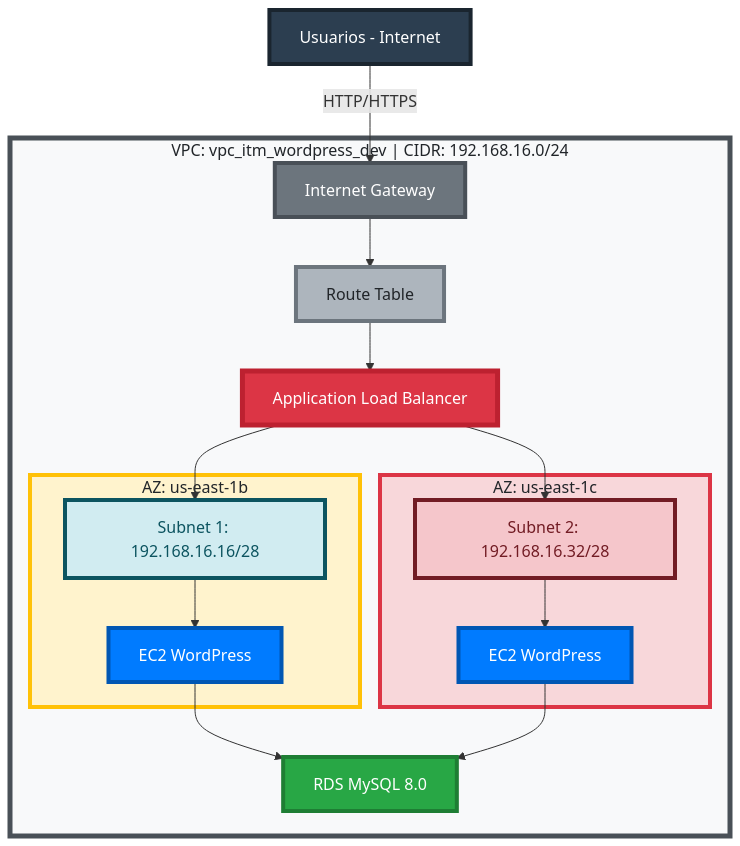
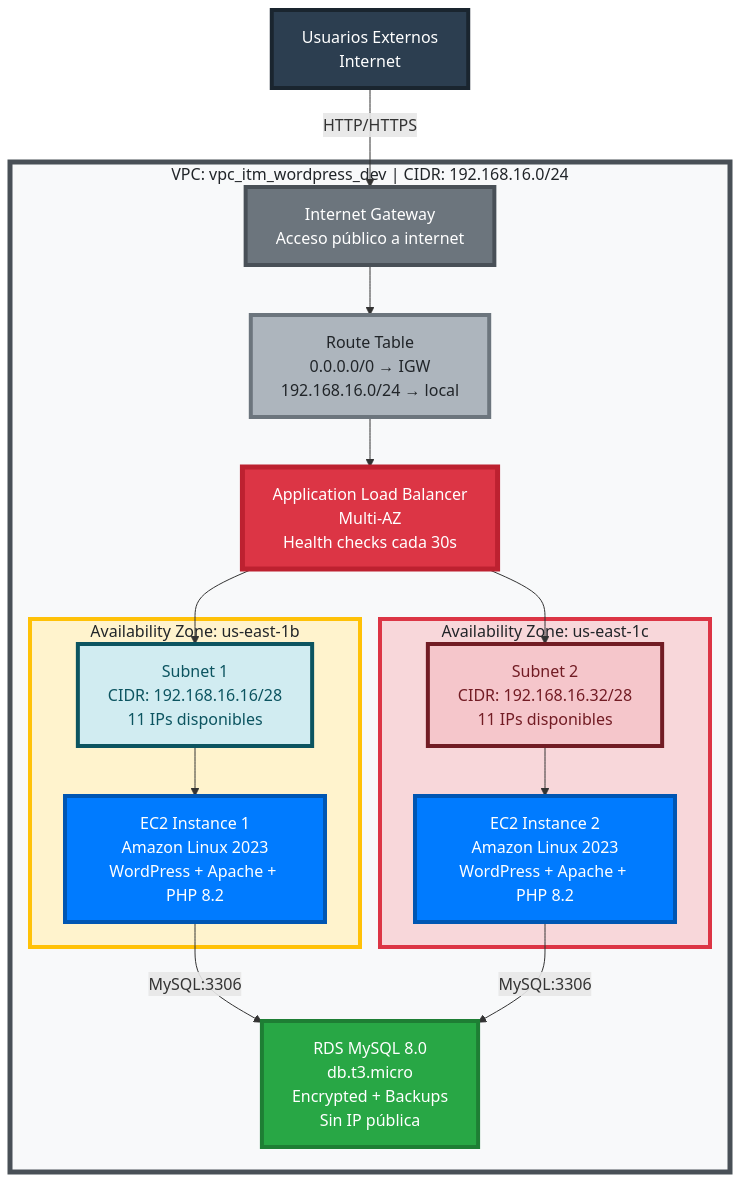
The diagram in README.md (gjoiver/terraform-project), drawn with Mermaid before and after one commit.

Commit message:
update diagram with more information

````diff
--- a/README.md
+++ b/README.md
@@ -15,51 +15,51 @@
 ```mermaid
 graph TB
-    Users["Usuarios - Internet"]
+    Users["Usuarios Externos<br/>Internet"]
 
     subgraph VPC["VPC: vpc_itm_wordpress_dev | CIDR: 192.168.16.0/24"]
-        IGW["Internet Gateway"]
+        IGW["Internet Gateway<br/>Acceso público a internet"]
 
-        RT["Route Table"]
+        RT["Route Table<br/>0.0.0.0/0 → IGW<br/>192.168.16.0/24 → local"]
 
-        ALB["Application Load Balancer"]
+        ALB["Application Load Balancer<br/>Multi-AZ<br/>Health checks cada 30s"]
 
-        subgraph AZ1["AZ: us-east-1b"]
-            Subnet1["Subnet 1: 192.168.16.16/28"]
-            EC2_1["EC2 WordPress"]
+        subgraph AZ1["Availability Zone: us-east-1b"]
+            Subnet1["Subnet 1<br/>CIDR: 192.168.16.16/28<br/>11 IPs disponibles"]
+            EC2_1["EC2 Instance 1<br/>Amazon Linux 2023<br/>WordPress + Apache + PHP 8.2"]
         end
 
-        subgraph AZ2["AZ: us-east-1c"]
-            Subnet2["Subnet 2: 192.168.16.32/28"]
-            EC2_2["EC2 WordPress"]
+        subgraph AZ2["Availability Zone: us-east-1c"]
+            Subnet2["Subnet 2<br/>CIDR: 192.168.16.32/28<br/>11 IPs disponibles"]
+            EC2_2["EC2 Instance 2<br/>Amazon Linux 2023<br/>WordPress + Apache + PHP 8.2"]
         end
 
-        RDS["RDS MySQL 8.0"]
+        RDS["RDS MySQL 8.0<br/>db.t3.micro<br/>Encrypted + Backups<br/>Sin IP pública"]
     end
 
     Users -->|HTTP/HTTPS| IGW
     IGW --> RT
     RT --> ALB
     ALB --> Subnet1
     ALB --> Subnet2
     Subnet1 --> EC2_1
     Subnet2 --> EC2_2
-    EC2_1 --> RDS
-    EC2_2 --> RDS
+    EC2_1 -->|MySQL:3306| RDS
+    EC2_2 -->|MySQL:3306| RDS
 
     style Users fill:#2C3E50,stroke:#1A252F,stroke-width:4px,color:#FFFFFF
 
     style VPC fill:#F8F9FA,stroke:#495057,stroke-width:5px,color:#212529
     style IGW fill:#6C757D,stroke:#495057,stroke-width:4px,color:#FFFFFF
     style RT fill:#ADB5BD,stroke:#6C757D,stroke-width:4px,color:#212529
     style ALB fill:#DC3545,stroke:#BD2130,stroke-width:5px,color:#FFFFFF
 
     style AZ1 fill:#FFF3CD,stroke:#FFC107,stroke-width:4px,color:#212529
     style AZ2 fill:#F8D7DA,stroke:#DC3545,stroke-width:4px,color:#212529
 
     style Subnet1 fill:#D1ECF1,stroke:#0C5460,stroke-width:4px,color:#0C5460
     style Subnet2 fill:#F5C6CB,stroke:#721C24,stroke-width:4px,color:#721C24
 
     style EC2_1 fill:#007BFF,stroke:#0056B3,stroke-width:4px,color:#FFFFFF
     style EC2_2 fill:#007BFF,stroke:#0056B3,stroke-width:4px,color:#FFFFFF
     style RDS fill:#28A745,stroke:#1E7E34,stroke-width:4px,color:#FFFFFF
 ```
````
